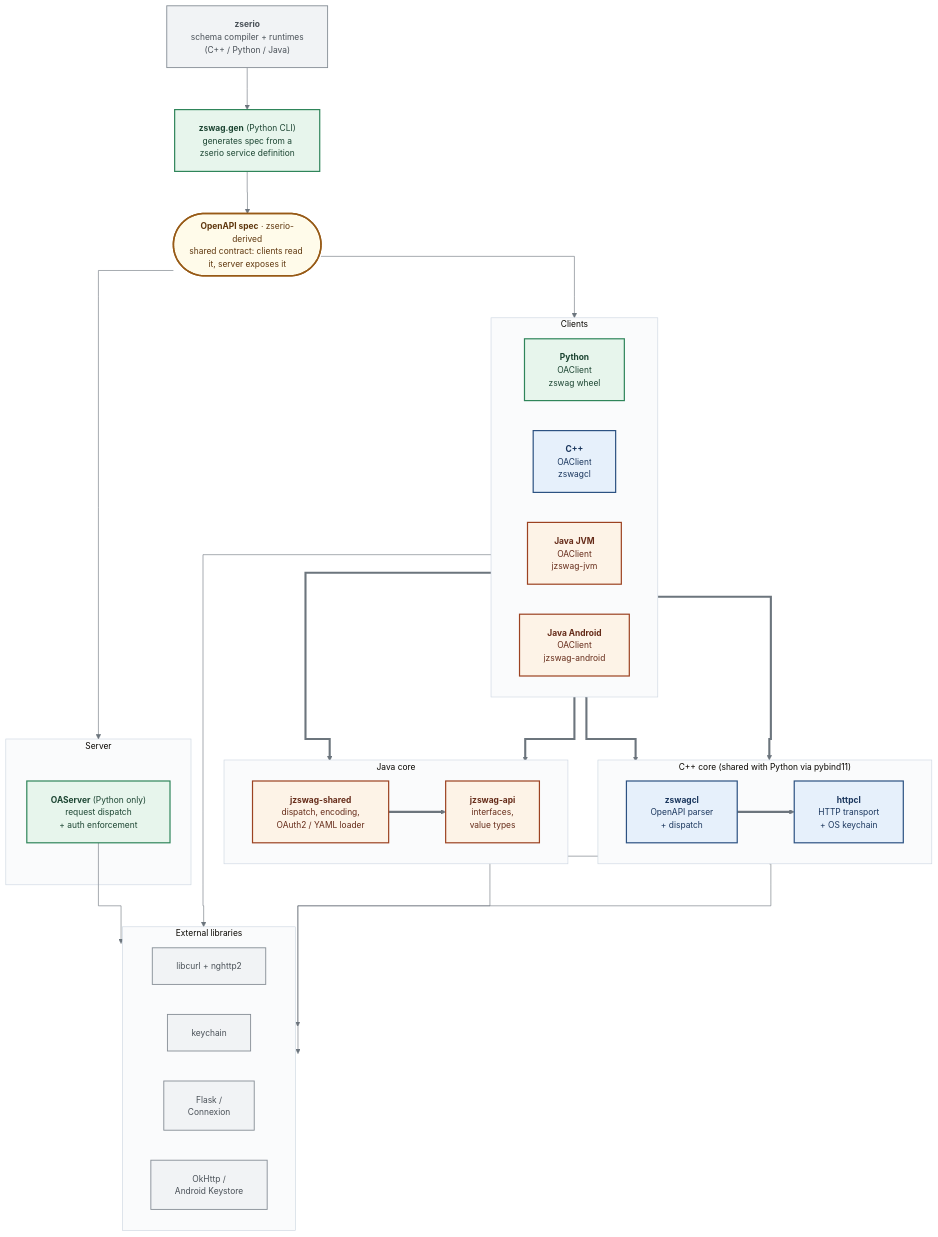
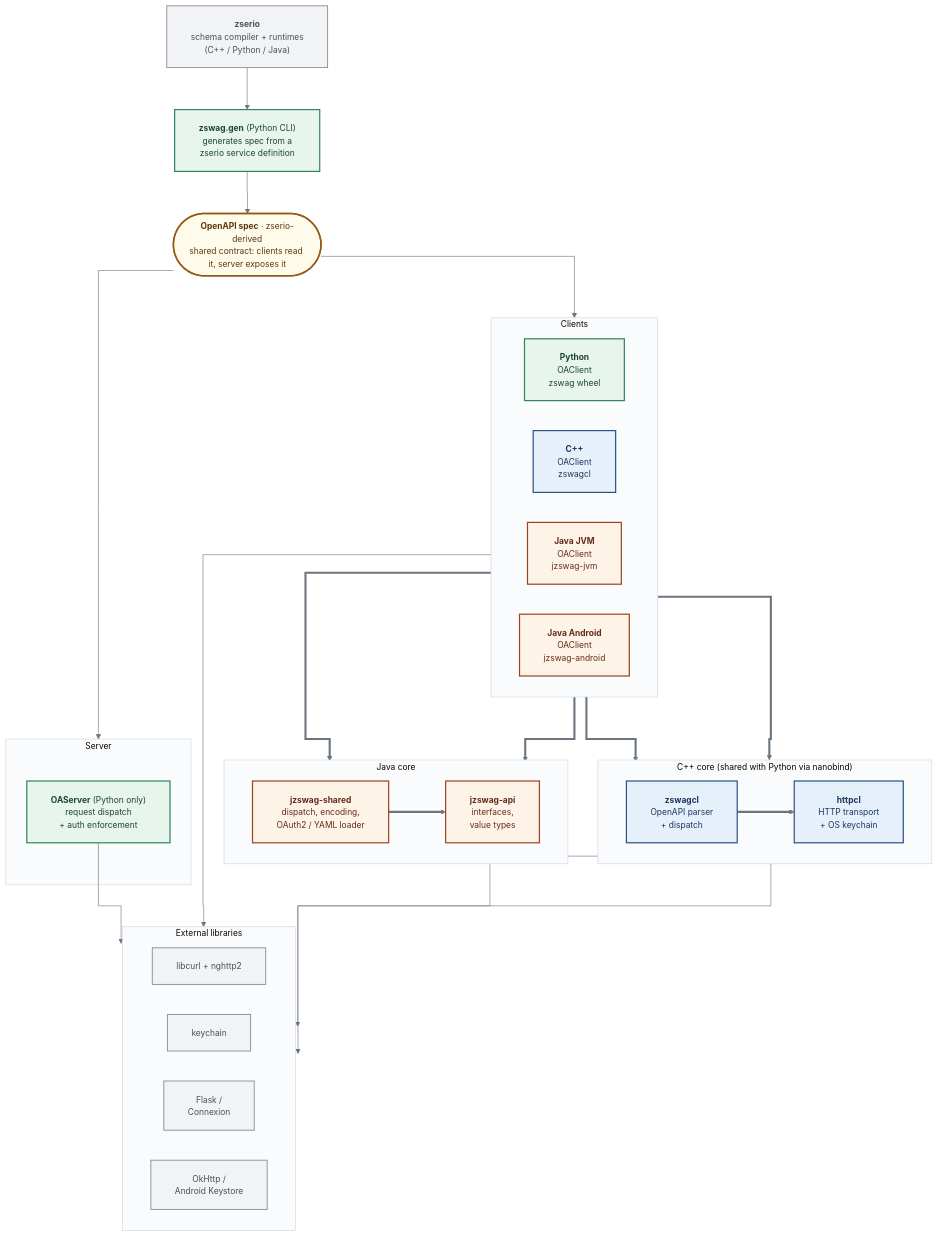
One commit to ndsev/zswag changed the diagram in README.md. Above: the diagram before and after it, drawn with Mermaid. The commit also changed other lines of this file and 11 other files, not shown here.

````diff
--- a/README.md
+++ b/README.md
@@ -14,73 +14,73 @@
 ```mermaid
 %%{init: {
   'theme':'base',
   'flowchart': {'curve': 'stepAfter', 'nodeSpacing': 50, 'rankSpacing': 70, 'padding': 20},
   'themeVariables': {
     'fontFamily': 'system-ui, -apple-system, sans-serif',
     'fontSize': '14px',
     'lineColor': '#6c757d',
     'clusterBkg': '#fafbfc',
     'clusterBorder': '#cbd5e0'
   }
 }}%%
 flowchart TB
     gen["<b>zswag.gen</b> (Python CLI)<br/>generates spec from a<br/>zserio service definition"]:::py
     spec(["<b>OpenAPI spec</b> &middot; zserio-derived<br/>shared contract: clients read it, server exposes it"]):::spec
     zserio["<b>zserio</b><br/>schema compiler + runtimes<br/>(C++ / Python / Java)"]:::ext
 
     subgraph clients[" &nbsp;Clients&nbsp; "]
       direction LR
       py["<b>Python</b><br/>OAClient<br/>zswag wheel"]:::py
       cpp["<b>C++</b><br/>OAClient<br/>zswagcl"]:::cpp
       jvm["<b>Java JVM</b><br/>OAClient<br/>jzswag-jvm"]:::java
       andr["<b>Java Android</b><br/>OAClient<br/>jzswag-android"]:::java
     end
 
     subgraph server[" &nbsp;Server&nbsp; "]
       oaserver["<b>OAServer</b> (Python only)<br/>request dispatch<br/>+ auth enforcement"]:::py
     end
 
-    subgraph cppcore[" &nbsp;C++ core (shared with Python via pybind11)&nbsp; "]
+    subgraph cppcore[" &nbsp;C++ core (shared with Python via nanobind)&nbsp; "]
       direction LR
       zswagcl["<b>zswagcl</b><br/>OpenAPI parser<br/>+ dispatch"]:::cpp
       httpcl["<b>httpcl</b><br/>HTTP transport<br/>+ OS keychain"]:::cpp
     end
 
     subgraph javacore[" &nbsp;Java core&nbsp; "]
       direction LR
       jshared["<b>jzswag-shared</b><br/>dispatch, encoding,<br/>OAuth2 / YAML loader"]:::java
       japi["<b>jzswag-api</b><br/>interfaces,<br/>value types"]:::java
     end
 
     subgraph extlibs[" &nbsp;External libraries&nbsp; "]
       direction LR
       libcurl["libcurl + nghttp2"]:::ext
       keychain["keychain"]:::ext
       flask["Flask /<br/>Connexion"]:::ext
       okhttp["OkHttp /<br/>Android Keystore"]:::ext
     end
 
     zserio --> gen
     gen --> spec
     spec --> clients
     spec --> server
 
     py ==> zswagcl
     cpp ==> zswagcl
     zswagcl ==> httpcl
     httpcl --> libcurl
     httpcl --> keychain
 
     jvm ==> jshared
     andr ==> jshared
     jshared ==> japi
     andr --> okhttp
 
     oaserver --> flask
 
     classDef py    fill:#e7f5ec,stroke:#2f855a,stroke-width:2px,color:#1c4532
     classDef cpp   fill:#e6f0fb,stroke:#2c5282,stroke-width:2px,color:#1a365d
     classDef java  fill:#fdf3e7,stroke:#9c4221,stroke-width:2px,color:#652b19
     classDef spec  fill:#fffbea,stroke:#975a16,stroke-width:2.5px,color:#5f370e
     classDef ext   fill:#f1f3f5,stroke:#868e96,stroke-width:1.5px,color:#495057
 ```
````
